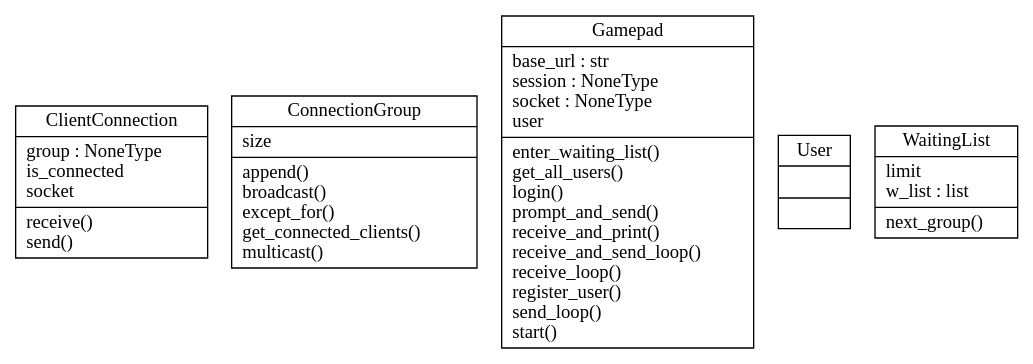
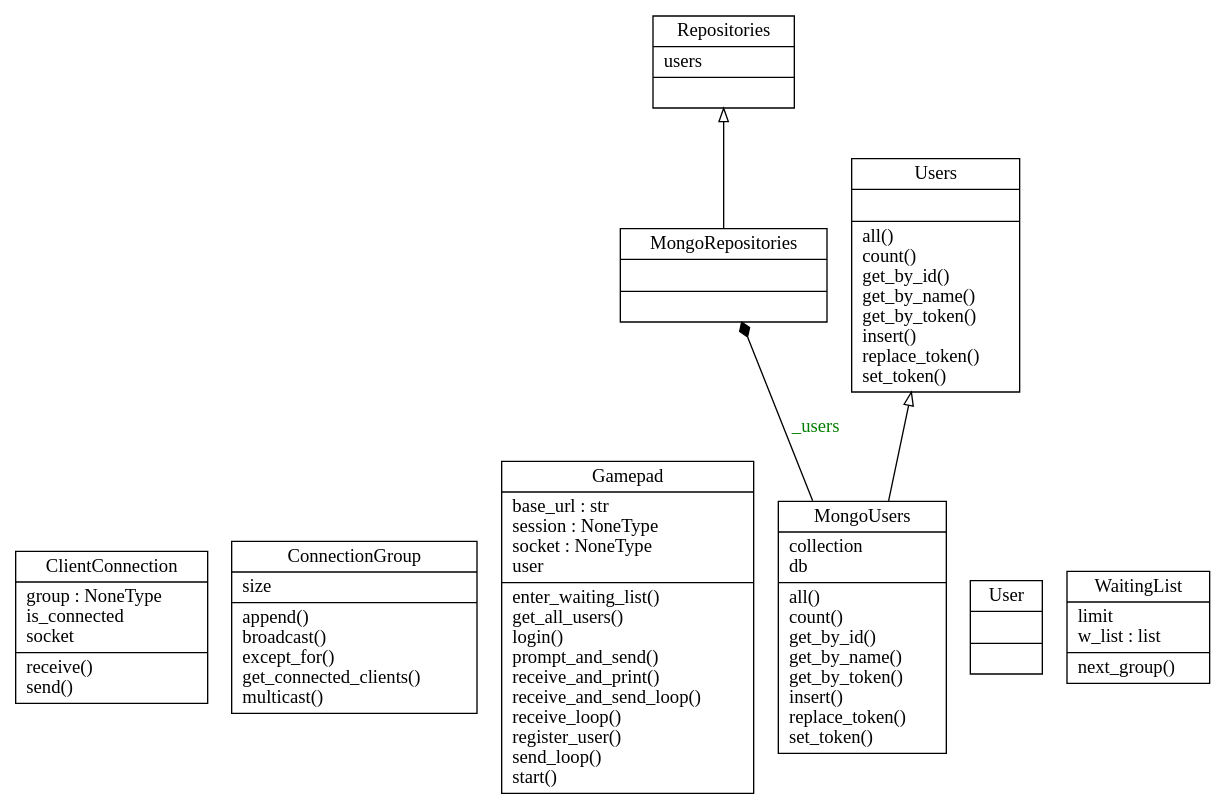
The diagram in diagrams/engine/classes.dot (pitzer42/micro-tcg), drawn with Graphviz before and after one commit. The commit also changed 2 other files, not shown here.

```diff
--- a/diagrams/engine/classes.dot
+++ b/diagrams/engine/classes.dot
@@ -1,9 +1,16 @@
 digraph "classes" {
 charset="utf-8"
 rankdir=BT
 "0" [label="{ClientConnection|group : NoneType\lis_connected\lsocket\l|receive()\lsend()\l}", shape="record"];
 "1" [label="{ConnectionGroup|size\l|append()\lbroadcast()\lexcept_for()\lget_connected_clients()\lmulticast()\l}", shape="record"];
 "2" [label="{Gamepad|base_url : str\lsession : NoneType\lsocket : NoneType\luser\l|enter_waiting_list()\lget_all_users()\llogin()\lprompt_and_send()\lreceive_and_print()\lreceive_and_send_loop()\lreceive_loop()\lregister_user()\lsend_loop()\lstart()\l}", shape="record"];
-"3" [label="{User|\l|}", shape="record"];
-"4" [label="{WaitingList|limit\lw_list : list\l|next_group()\l}", shape="record"];
+"3" [label="{MongoRepositories|\l|}", shape="record"];
+"4" [label="{MongoUsers|collection\ldb\l|all()\lcount()\lget_by_id()\lget_by_name()\lget_by_token()\linsert()\lreplace_token()\lset_token()\l}", shape="record"];
+"5" [label="{Repositories|users\l|}", shape="record"];
+"6" [label="{User|\l|}", shape="record"];
+"7" [label="{Users|\l|all()\lcount()\lget_by_id()\lget_by_name()\lget_by_token()\linsert()\lreplace_token()\lset_token()\l}", shape="record"];
+"8" [label="{WaitingList|limit\lw_list : list\l|next_group()\l}", shape="record"];
+"3" -> "5" [arrowhead="empty", arrowtail="none"];
+"4" -> "7" [arrowhead="empty", arrowtail="none"];
+"4" -> "3" [arrowhead="diamond", arrowtail="none", fontcolor="green", label="_users", style="solid"];
 }
```
